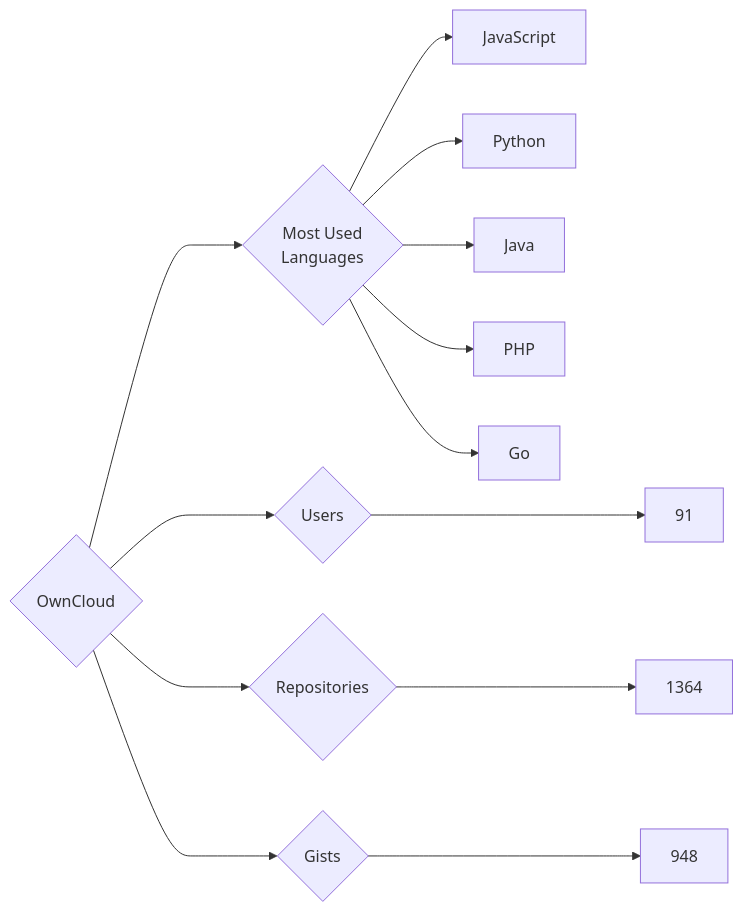
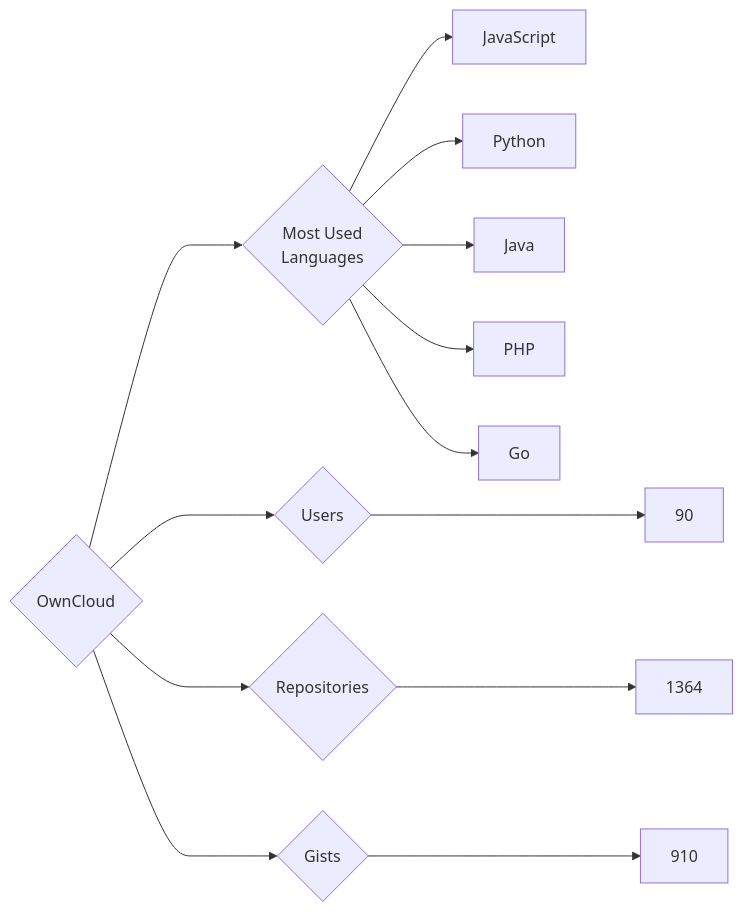
One commit to trickest/insiders changed the diagram in targets/OwnCloud/README.md. Above: the diagram before and after it, drawn with Mermaid. The commit also changed 1508 other files, not shown here.

````diff
--- a/targets/OwnCloud/README.md
+++ b/targets/OwnCloud/README.md
@@ -3,13 +3,13 @@
 ```mermaid
 graph LR
 COMPANY_NAME{OwnCloud}
-COMPANY_NAME ---> U{Users} ---> UN[91]
+COMPANY_NAME ---> U{Users} ---> UN[90]
 COMPANY_NAME ---> R{Repositories} ---> RN[1364]
-COMPANY_NAME ---> G{Gists} ---> GN[948]
+COMPANY_NAME ---> G{Gists} ---> GN[910]
 COMPANY_NAME ---> ML{Most Used<br>Languages}
 ML --> JavaScript[JavaScript]
 ML --> Python[Python]
 ML --> Java[Java]
 ML --> PHP[PHP]
 ML --> Go[Go]
 ```
````
